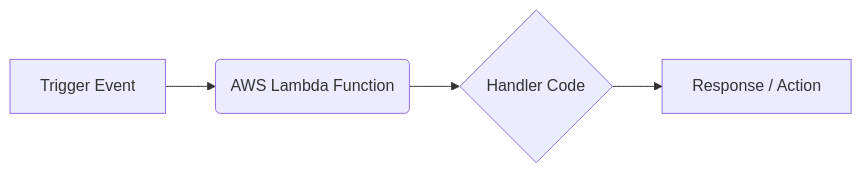
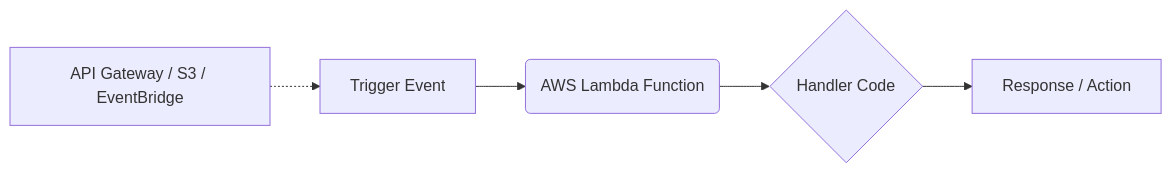
One commit to rahulkhatwani78/production-readiness changed the diagram in aws/001-lambda-serverlessFramework.md. Above: the diagram before and after it, drawn with Mermaid. The commit also changed other lines of this file and 9 other files, not shown here.

````diff
--- a/aws/001-lambda-serverlessFramework.md
+++ b/aws/001-lambda-serverlessFramework.md
@@ -38,6 +38,7 @@
 ```mermaid
 graph LR
     A[Trigger Event] --> B(AWS Lambda Function)
     B --> C{Handler Code}
     C --> D[Response / Action]
+BlockTraffic[API Gateway / S3 / EventBridge] -.-> A
 ```
````
